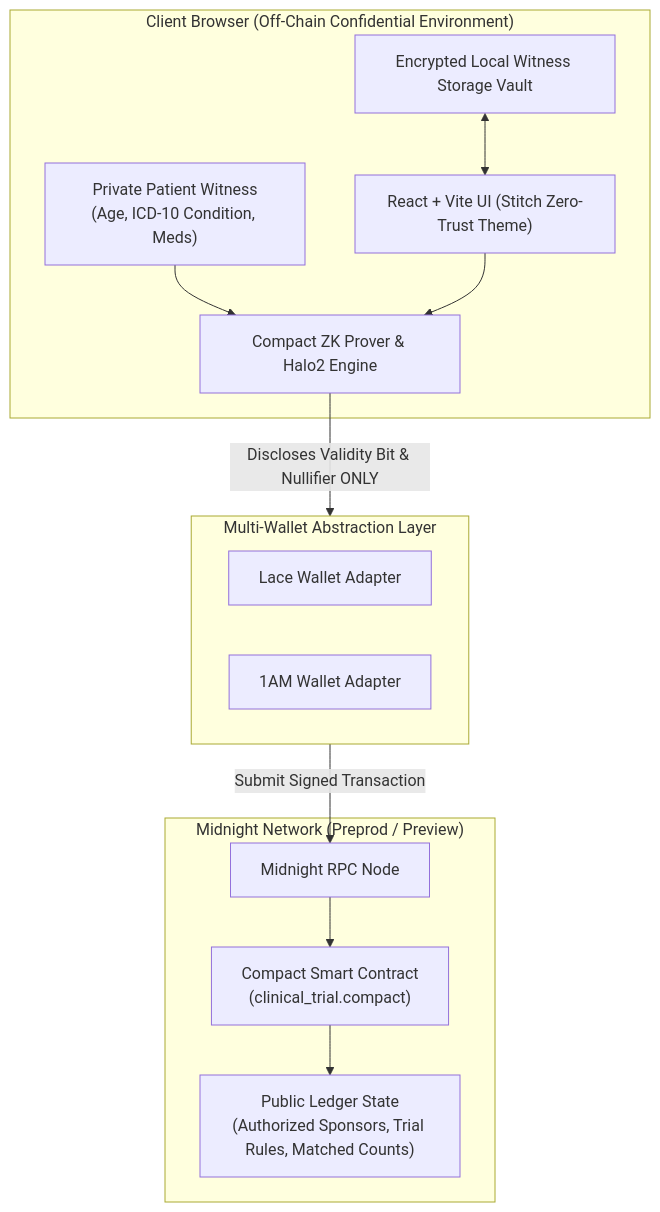
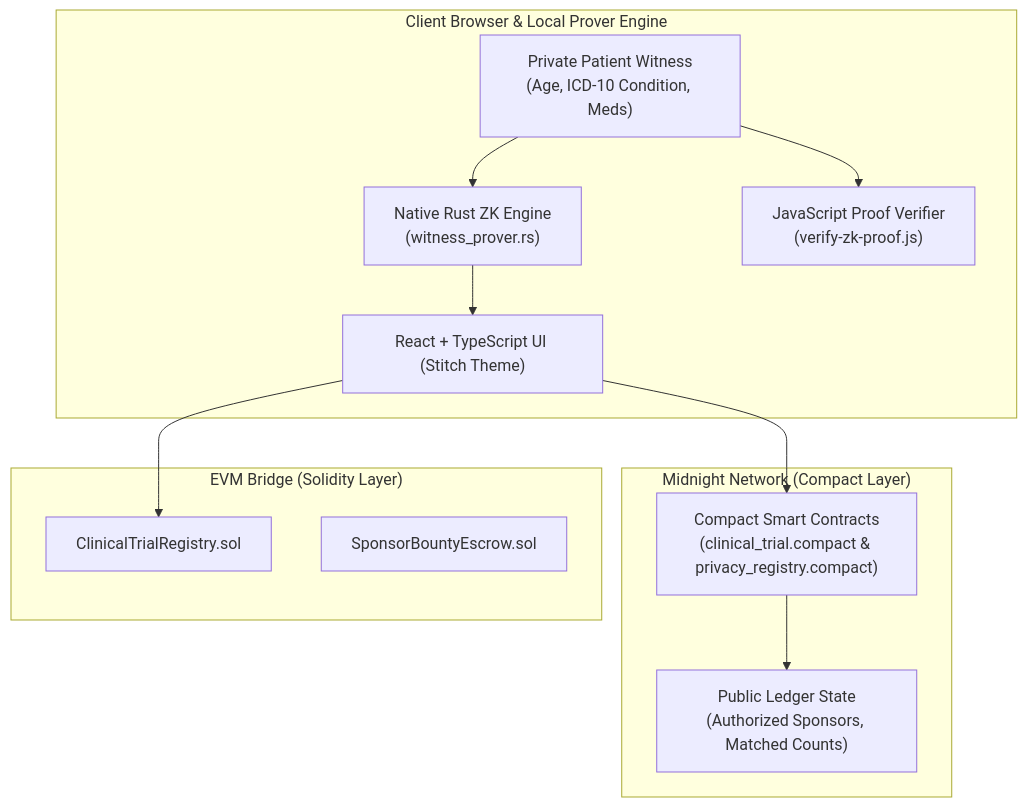
The diagram in README.md (shritesh263/-CipherTrial-Anonymous-Clinical-Trial-Matching-DApp), drawn with Mermaid before and after one commit. The commit also changed other lines of this file and 20 other files, not shown here.

Commit message:
feat(polyglot): add Compact smart contracts, Rust ZK prover, Solidity EVM contracts, and JS utilities

````diff
--- a/README.md
+++ b/README.md
@@ -33,28 +47,26 @@
 ```mermaid
 flowchart TB
-    subgraph Client ["Client Browser (Off-Chain Confidential Environment)"]
-        UI["React + Vite UI (Stitch Zero-Trust Theme)"]
+    subgraph Client ["Client Browser & Local Prover Engine"]
+        UI["React + TypeScript UI (Stitch Theme)"]
+        RustEngine["Native Rust ZK Engine\n(witness_prover.rs)"]
+        JSEngine["JavaScript Proof Verifier\n(verify-zk-proof.js)"]
         Witness["Private Patient Witness\n(Age, ICD-10 Condition, Meds)"]
-        Vault["Encrypted Local Witness Storage Vault"]
-        Prover["Compact ZK Prover & Halo2 Engine"]
     end
 
-    subgraph WalletLayer ["Multi-Wallet Abstraction Layer"]
-        Lace["Lace Wallet Adapter"]
-        OneAM["1AM Wallet Adapter"]
+    subgraph MidnightNet ["Midnight Network (Compact Layer)"]
+        CompactContract["Compact Smart Contracts\n(clinical_trial.compact & privacy_registry.compact)"]
+        LedgerState["Public Ledger State\n(Authorized Sponsors, Matched Counts)"]
     end
 
-    subgraph MidnightNet ["Midnight Network (Preprod / Preview)"]
-        RPC["Midnight RPC Node"]
-        Contract["Compact Smart Contract\n(clinical_trial.compact)"]
-        LedgerState["Public Ledger State\n(Authorized Sponsors, Trial Rules, Matched Counts)"]
+    subgraph EVMNet ["EVM Bridge (Solidity Layer)"]
+        SolidityRegistry["ClinicalTrialRegistry.sol"]
+        SolidityEscrow["SponsorBountyEscrow.sol"]
     end
 
-    Witness --> Prover
-    Vault <--> UI
-    UI --> Prover
-    Prover -->|Discloses Validity Bit & Nullifier ONLY| WalletLayer
-    WalletLayer -->|Submit Signed Transaction| RPC
-    RPC --> Contract
-    Contract --> LedgerState
+    Witness --> RustEngine
+    Witness --> JSEngine
+    RustEngine --> UI
+    UI --> CompactContract
+    CompactContract --> LedgerState
+    UI --> SolidityRegistry
 ```
````
